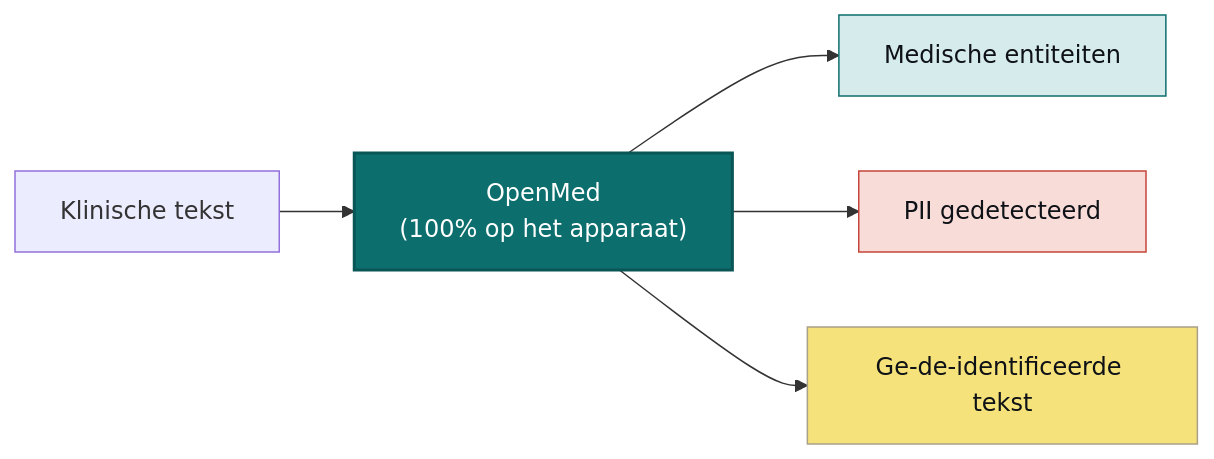
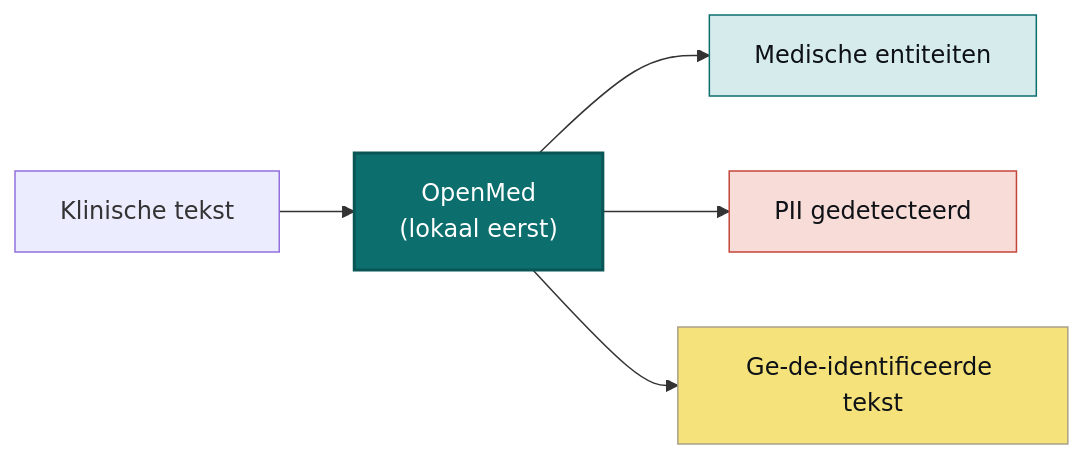
Before and after one commit to maziyarpanahi/openmed: the diagram in README.nl.md, drawn with Mermaid. The commit also changed other lines of this file, not shown here.

````diff
--- a/README.nl.md
+++ b/README.nl.md
@@ -126,11 +119,11 @@
 ```mermaid
 flowchart LR
-    A["Klinische tekst"] --> B["OpenMed<br/>(100% op het apparaat)"]
+    A["Klinische tekst"] --> B["OpenMed<br/>(lokaal eerst)"]
     B --> C["Medische entiteiten"]
     B --> D["PII gedetecteerd"]
     B --> E["Ge-de-identificeerde tekst"]
     style B fill:#0D6E6E,stroke:#0A5656,stroke-width:2px,color:#ffffff
     style C fill:#D6EBEB,stroke:#0D6E6E,color:#0E1116
     style D fill:#F7DCD8,stroke:#C5453A,color:#0E1116
     style E fill:#F5E27A,stroke:#A9A088,color:#0E1116
 ```
````
